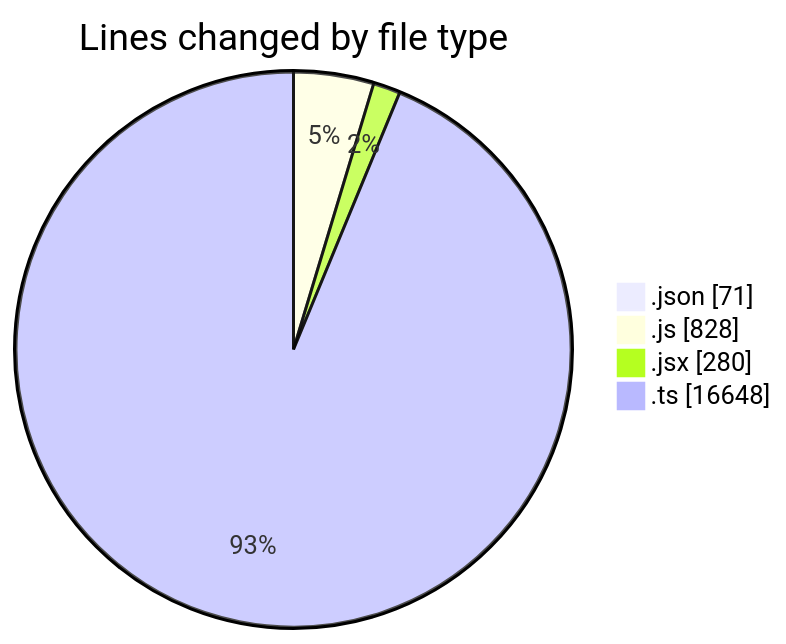
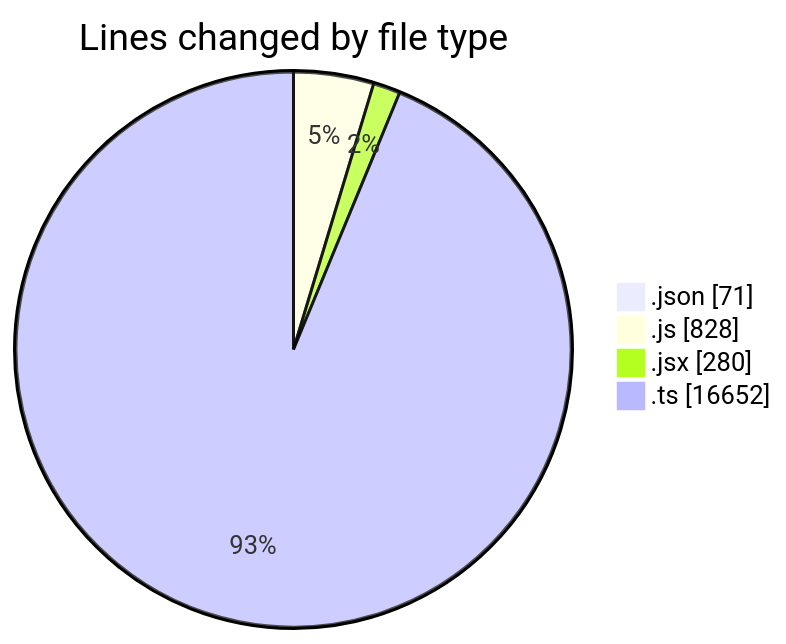
The first of 2 diagrams in 2025-05-13/cda/README.md (momahboobian/code-tracking), drawn with Mermaid before and after one commit. The commit also changed other lines of this file and 1 other file, not shown here.

````diff
--- a/2025-05-13/cda/README.md
+++ b/2025-05-13/cda/README.md
@@ -30,8 +30,8 @@
 ```mermaid
 pie showData
 title Lines changed by file type
 ".json" : 71
 ".js" : 828
 ".jsx" : 280
-".ts" : 16648
+".ts" : 16652
 ```
````
